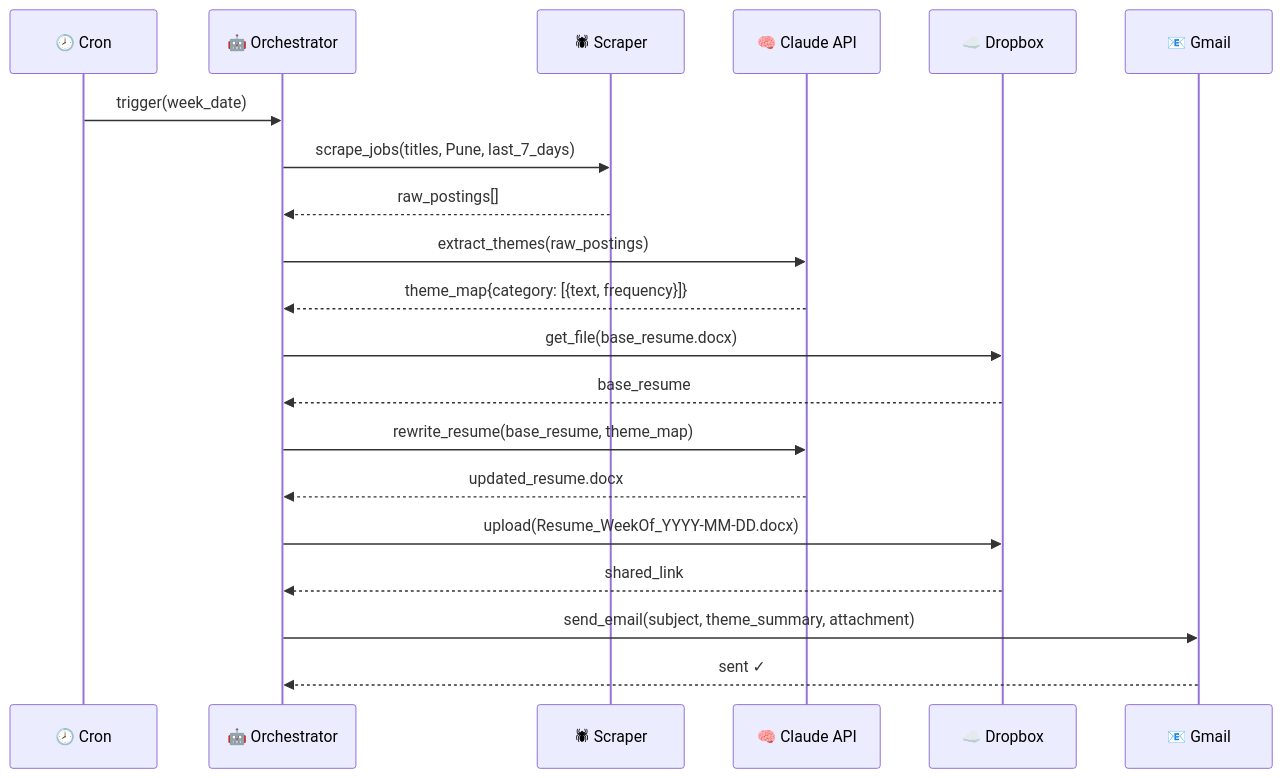
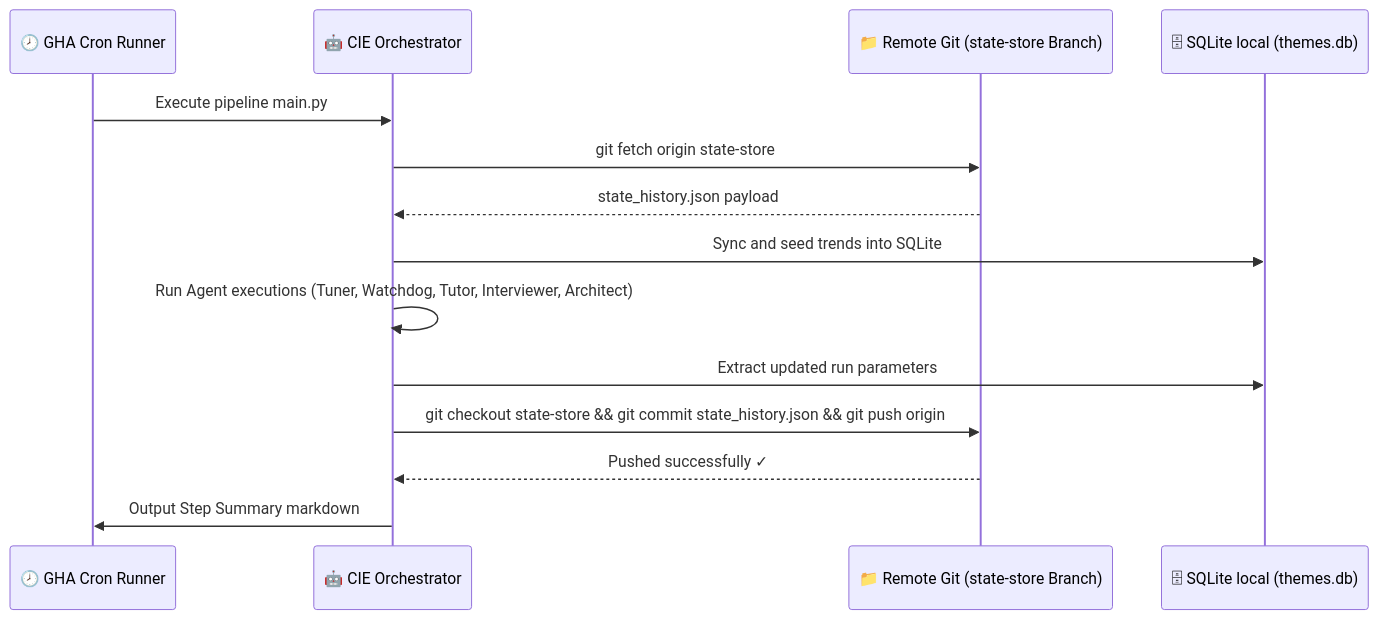
One commit to mayukhg/mg-ai-job-scanner changed the third of 4 diagrams in ARCHITECTURE.md. Above: the diagram before and after it, drawn with Mermaid. The commit also changed other lines of this file and 16 other files, not shown here.

````diff
--- a/ARCHITECTURE.md
+++ b/ARCHITECTURE.md
@@ -137,29 +71,17 @@
 ```mermaid
 sequenceDiagram
-    participant CRON as 🕗 Cron
-    participant ORCH as 🤖 Orchestrator
-    participant SCRAPER as 🕷 Scraper
-    participant CLAUDE as 🧠 Claude API
-    participant DROPBOX as ☁️ Dropbox
-    participant GMAIL as 📧 Gmail
+    participant GHA as 🕗 GHA Cron Runner
+    participant ORCH as 🤖 CIE Orchestrator
+    participant GIT as 📁 Remote Git (state-store Branch)
+    participant SQL as 🗄 SQLite local (themes.db)
 
-    CRON->>ORCH: trigger(week_date)
-
-    ORCH->>SCRAPER: scrape_jobs(titles, Pune, last_7_days)
-    SCRAPER-->>ORCH: raw_postings[]
-
-    ORCH->>CLAUDE: extract_themes(raw_postings)
-    CLAUDE-->>ORCH: theme_map{category: [{text, frequency}]}
-
-    ORCH->>DROPBOX: get_file(base_resume.docx)
-    DROPBOX-->>ORCH: base_resume
-
-    ORCH->>CLAUDE: rewrite_resume(base_resume, theme_map)
-    CLAUDE-->>ORCH: updated_resume.docx
-
-    ORCH->>DROPBOX: upload(Resume_WeekOf_YYYY-MM-DD.docx)
-    DROPBOX-->>ORCH: shared_link
-
-    ORCH->>GMAIL: send_email(subject, theme_summary, attachment)
-    GMAIL-->>ORCH: sent ✓
+    GHA->>ORCH: Execute pipeline main.py
+    ORCH->>GIT: git fetch origin state-store
+    GIT-->>ORCH: state_history.json payload
+    ORCH->>SQL: Sync and seed trends into SQLite
+    ORCH->>ORCH: Run Agent executions (Tuner, Watchdog, Tutor, Interviewer, Architect)
+    ORCH->>SQL: Extract updated run parameters
+    ORCH->>GIT: git checkout state-store && git commit state_history.json && git push origin
+    GIT-->>ORCH: Pushed successfully ✓
+    ORCH->>GHA: Output Step Summary markdown
 ```
````
